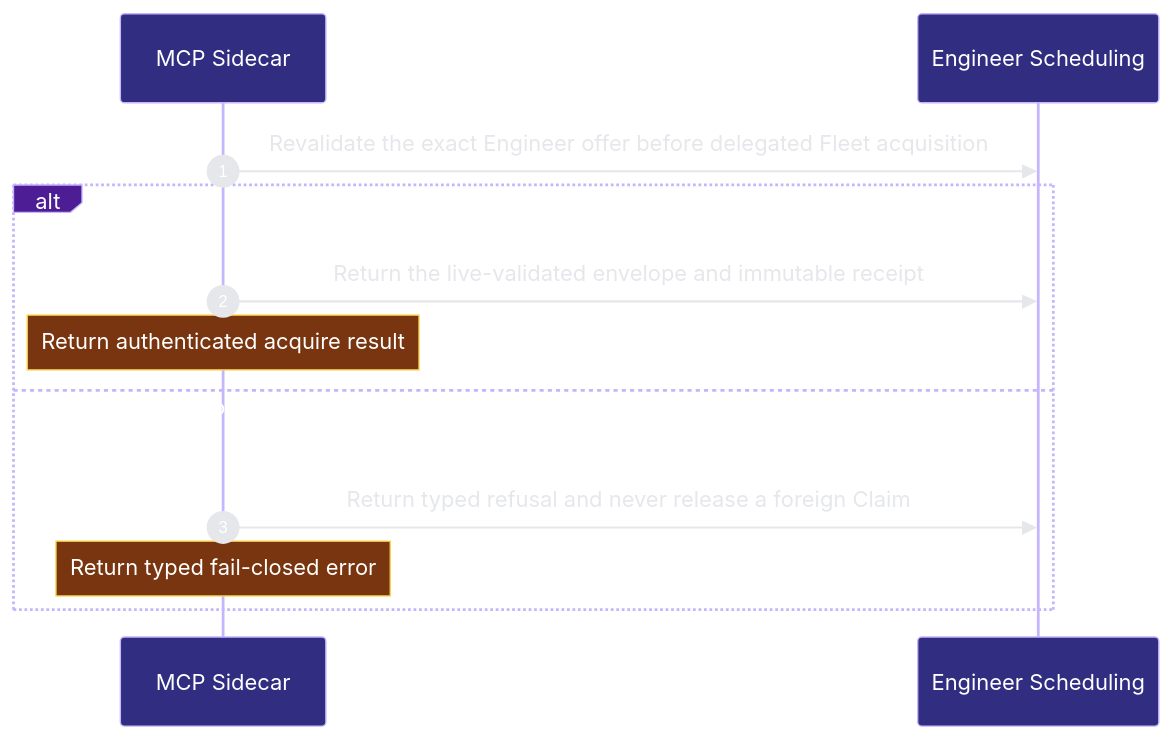
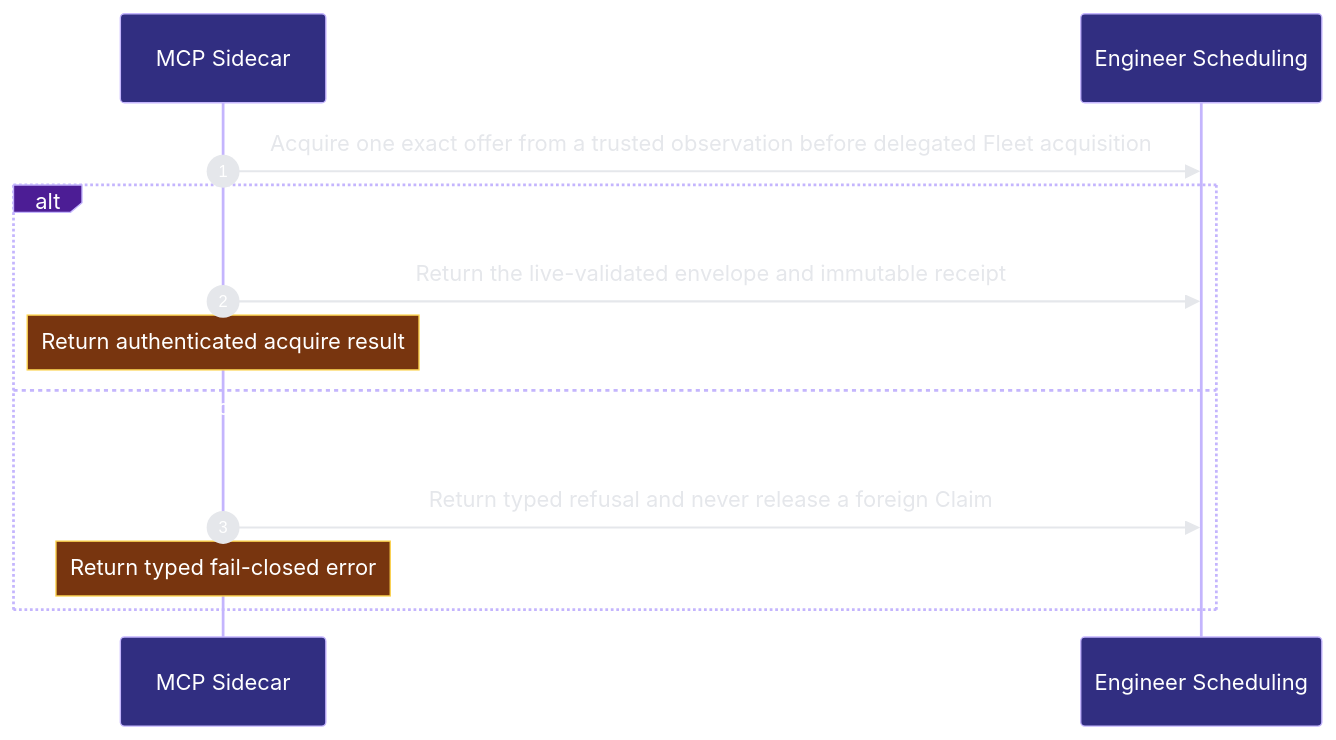
One commit to Ancienttwo/repo-harness changed the second of 4 diagrams in docs/architecture/modules/runtime-harness/mcp-sidecar.md. Above: the diagram before and after it, drawn with Mermaid. The commit also changed other lines of this file and 12 other files, not shown here.

Commit message:
fix(architecture): restore current collaboration flow proof

````diff
--- a/docs/architecture/modules/runtime-harness/mcp-sidecar.md
+++ b/docs/architecture/modules/runtime-harness/mcp-sidecar.md
@@ -70,15 +70,15 @@
 ```mermaid
 %%{init: {"theme":"base","themeVariables":{"background":"#0d1117","actorBkg":"#312e81","actorBorder":"#c4b5fd","actorTextColor":"#ffffff","signalColor":"#e5e7eb","signalTextColor":"#e5e7eb","labelBoxBkgColor":"#4c1d95","labelBoxBorderColor":"#c4b5fd","labelTextColor":"#ffffff","noteBkgColor":"#78350f","noteBorderColor":"#fcd34d","noteTextColor":"#ffffff","sequenceNumberColor":"#ffffff"}}}%%
 sequenceDiagram
   autonumber
   participant p2_engineer_mcp_97bc42c0 as MCP Sidecar
   participant p2_scheduling_authority_0fce7315 as Engineer Scheduling
-  p2_engineer_mcp_97bc42c0->>p2_scheduling_authority_0fce7315: Revalidate the exact Engineer offer before delegated Fleet acquisition
+  p2_engineer_mcp_97bc42c0->>p2_scheduling_authority_0fce7315: Acquire one exact offer from a trusted observation before delegated Fleet acquisition
   alt Exact WorkEnvelope and ClaimActorReceipt are returned
   p2_engineer_mcp_97bc42c0->>p2_scheduling_authority_0fce7315: Return the live-validated envelope and immutable receipt
     Note over p2_engineer_mcp_97bc42c0: Return authenticated acquire result
   else Authorization， graph， dependency， concurrency， Binding， offer， receipt， or compensation validation fails
   p2_engineer_mcp_97bc42c0->>p2_scheduling_authority_0fce7315: Return typed refusal and never release a foreign Claim
     Note over p2_engineer_mcp_97bc42c0: Return typed fail-closed error
   end
 ```
````
